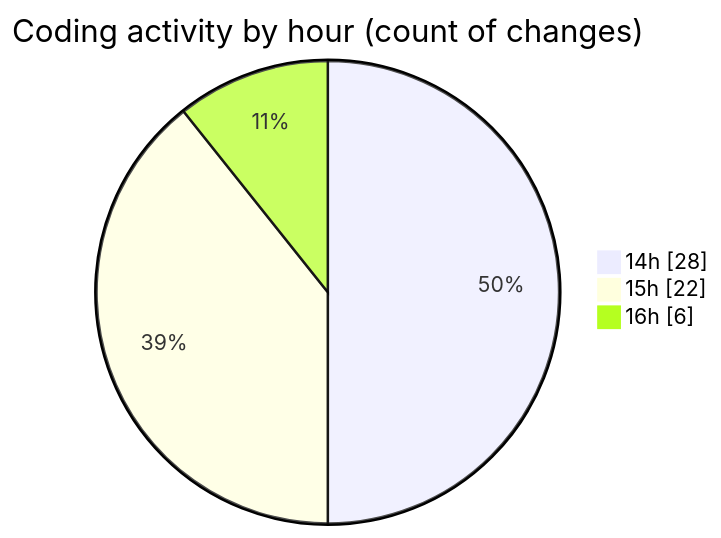
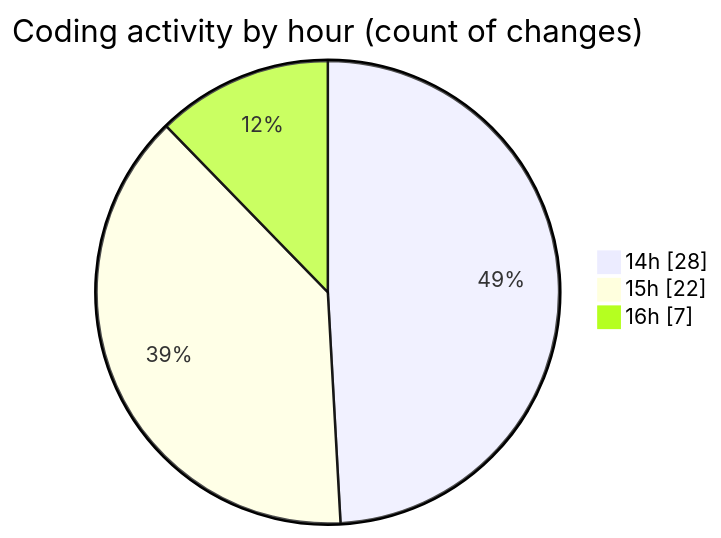
The second of 2 diagrams in 2025-11-08/futsal/README.md (idhammustaqopulfikri/code-tracking), drawn with Mermaid before and after one commit. The commit also changed other lines of this file and 1 other file, not shown here.

````diff
--- a/2025-11-08/futsal/README.md
+++ b/2025-11-08/futsal/README.md
@@ -42,7 +42,7 @@
 ```mermaid
 pie showData
 title Coding activity by hour (count of changes)
 "14h" : 28
 "15h" : 22
-"16h" : 6
+"16h" : 7
 ```
````
